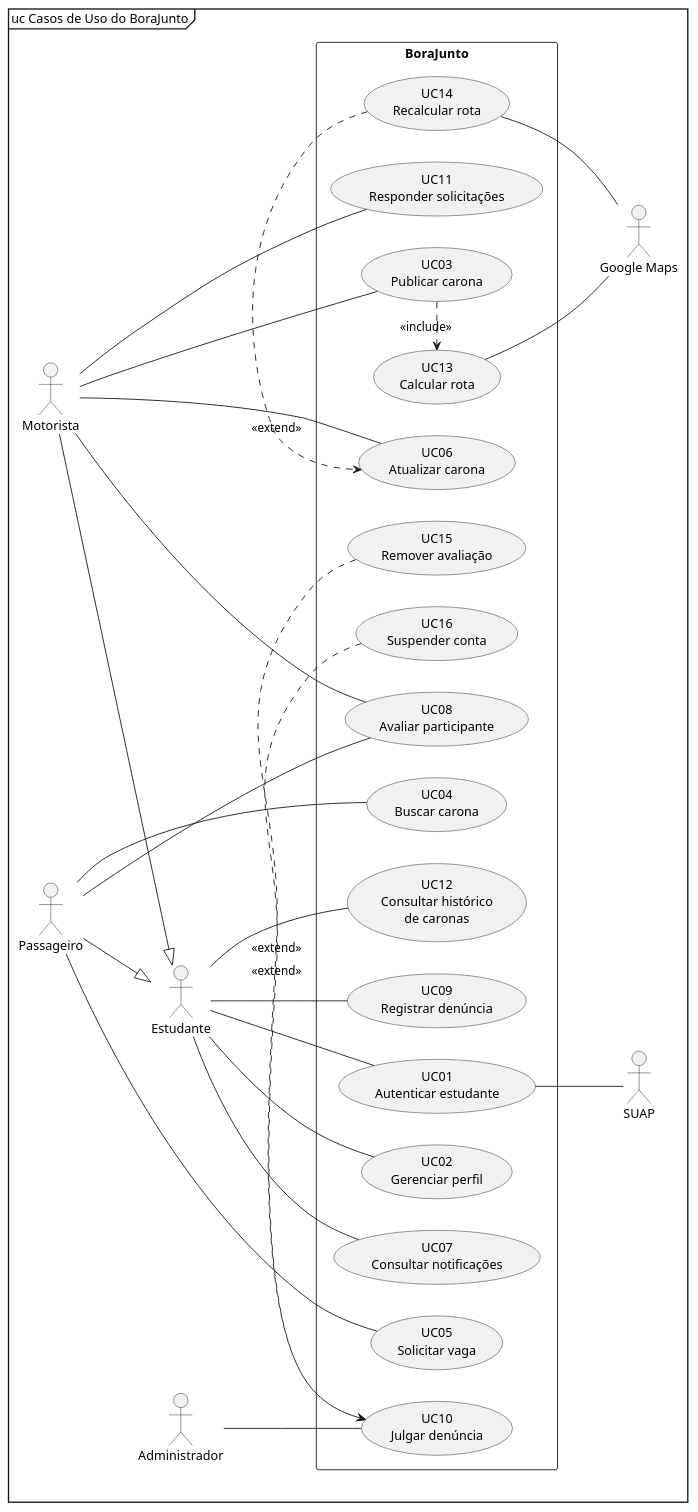
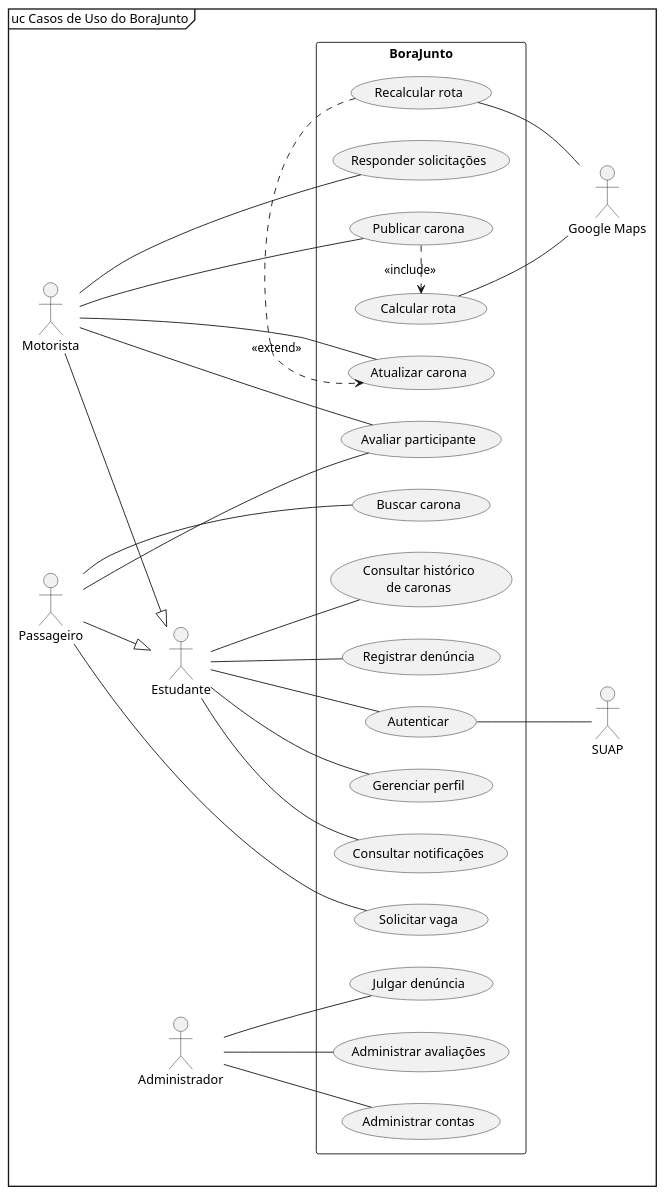
Before and after one commit to vMatheusCouto/borajunto: the diagram in docs/diagrama-casos-de-uso.puml, drawn with PlantUML. The commit also changed 4 other files, not shown here.

First line of the commit message:
docs: liga o administrador direto a avaliações e contas

```diff
--- a/docs/diagrama-casos-de-uso.puml
+++ b/docs/diagrama-casos-de-uso.puml
@@ -1,58 +1,58 @@
 @startuml
 ' Diagrama de casos de uso do BoraJunto (notação UML 2.5, uml-diagrams.org)
 ' Associações sem seta; setas só na generalização e nas dependências «include»/«extend».
 mainframe uc Casos de Uso do BoraJunto
 left to right direction
 skinparam shadowing false
 
 actor Estudante
 actor Motorista
 actor Passageiro
 actor Administrador
 actor SUAP
 actor "Google Maps" as Maps
 
 Motorista --|> Estudante
 Passageiro --|> Estudante
 
 rectangle BoraJunto {
-  usecase "UC01\nAutenticar estudante" as UC01
-  usecase "UC02\nGerenciar perfil" as UC02
-  usecase "UC07\nConsultar notificações" as UC07
-  usecase "UC12\nConsultar histórico\nde caronas" as UC12
-  usecase "UC09\nRegistrar denúncia" as UC09
-  usecase "UC03\nPublicar carona" as UC03
-  usecase "UC13\nCalcular rota" as UC13
-  usecase "UC06\nAtualizar carona" as UC06
-  usecase "UC14\nRecalcular rota" as UC14
-  usecase "UC11\nResponder solicitações" as UC11
-  usecase "UC08\nAvaliar participante" as UC08
-  usecase "UC04\nBuscar carona" as UC04
-  usecase "UC05\nSolicitar vaga" as UC05
-  usecase "UC10\nJulgar denúncia" as UC10
-  usecase "UC15\nRemover avaliação" as UC15
-  usecase "UC16\nSuspender conta" as UC16
+  usecase "Autenticar" as UC01
+  usecase "Gerenciar perfil" as UC02
+  usecase "Consultar notificações" as UC07
+  usecase "Consultar histórico\nde caronas" as UC12
+  usecase "Registrar denúncia" as UC09
+  usecase "Publicar carona" as UC03
+  usecase "Calcular rota" as UC13
+  usecase "Atualizar carona" as UC06
+  usecase "Recalcular rota" as UC14
+  usecase "Responder solicitações" as UC11
+  usecase "Avaliar participante" as UC08
+  usecase "Buscar carona" as UC04
+  usecase "Solicitar vaga" as UC05
+  usecase "Julgar denúncia" as UC10
+  usecase "Administrar avaliações" as UC15
+  usecase "Administrar contas" as UC16
 }
 
 Estudante -- UC01
 Estudante -- UC02
 Estudante -- UC07
 Estudante -- UC12
 Estudante -- UC09
 Motorista -- UC03
 Motorista -- UC06
 Motorista -- UC11
 Motorista -- UC08
 Passageiro -- UC08
 Passageiro -- UC04
 Passageiro -- UC05
 Administrador -- UC10
+Administrador -- UC15
+Administrador -- UC16
 UC01 -- SUAP
 UC13 -- Maps
 UC14 -- Maps
 
 UC03 .> UC13 : <<include>>
 UC14 .> UC06 : <<extend>>
-UC15 .> UC10 : <<extend>>
-UC16 .> UC10 : <<extend>>
 @enduml
```
